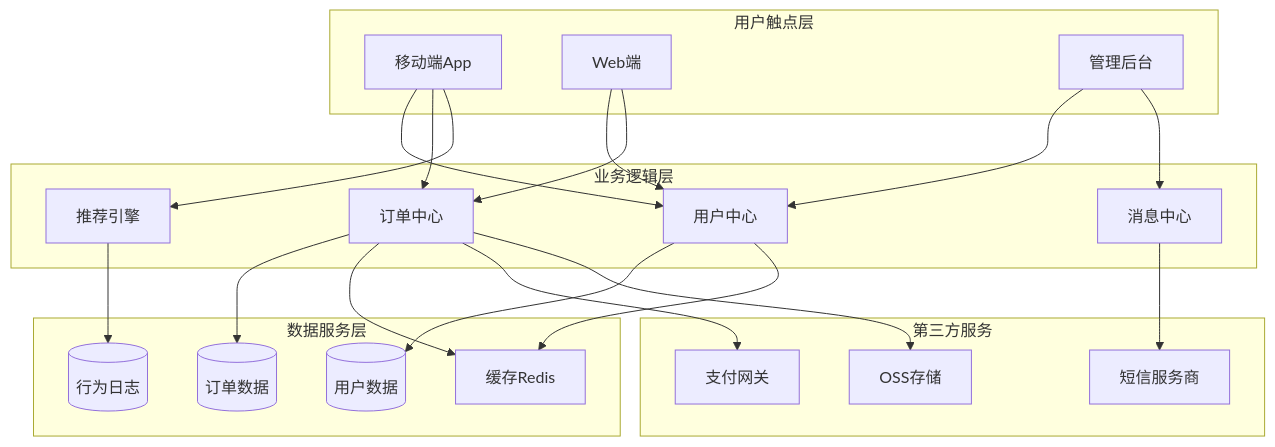
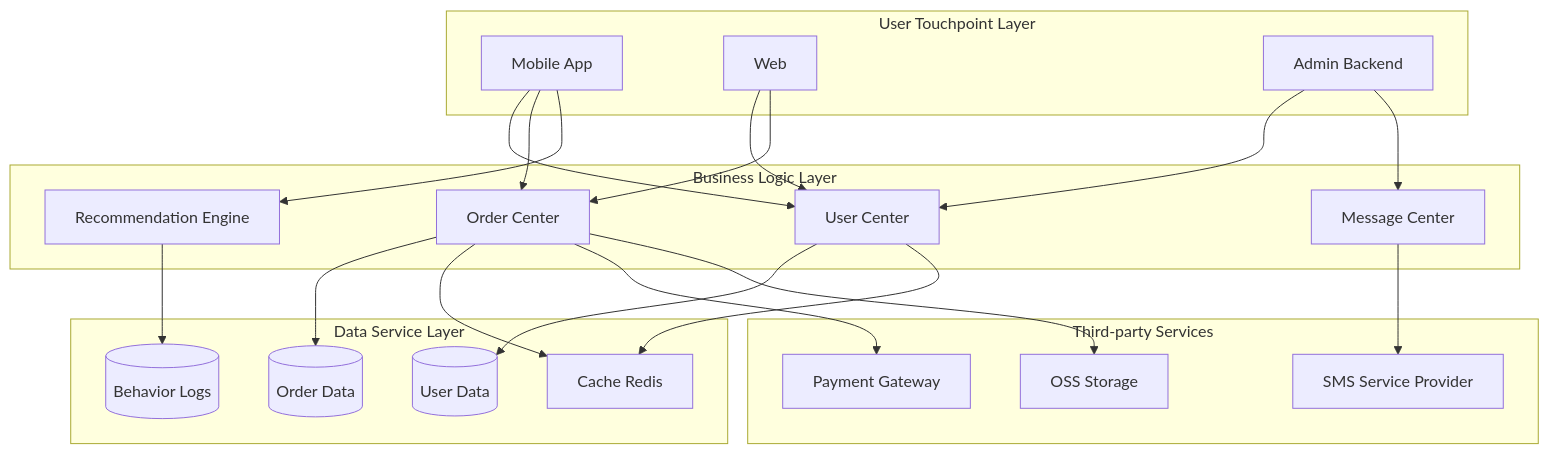
Before and after one commit to Kirky-X/cangjie: the third of 12 diagrams in templates/产品/产品层/【模板】产品需求文档.md, drawn with Mermaid. The commit also changed other lines of this file and 60 other files, not shown here.

````diff
--- a/templates/产品/产品层/【模板】产品需求文档.md
+++ b/templates/产品/产品层/【模板】产品需求文档.md
@@ -151,46 +151,46 @@
 ```mermaid
 graph TB
-    subgraph 用户触点层
-        A1[移动端App]
-        A2[Web端]
-        A3[管理后台]
+    subgraph User Touchpoint Layer
+        A1[Mobile App]
+        A2[Web]
+        A3[Admin Backend]
     end
 
-    subgraph 业务逻辑层
-        B1[用户中心]
-        B2[订单中心]
-        B3[推荐引擎]
-        B4[消息中心]
+    subgraph Business Logic Layer
+        B1[User Center]
+        B2[Order Center]
+        B3[Recommendation Engine]
+        B4[Message Center]
     end
 
-    subgraph 数据服务层
-        C1[(用户数据)]
-        C2[(订单数据)]
-        C3[(行为日志)]
-        C4[缓存Redis]
+    subgraph Data Service Layer
+        C1[(User Data)]
+        C2[(Order Data)]
+        C3[(Behavior Logs)]
+        C4[Cache Redis]
     end
 
-    subgraph 第三方服务
-        D1[支付网关]
-        D2[短信服务商]
-        D3[OSS存储]
+    subgraph Third-party Services
+        D1[Payment Gateway]
+        D2[SMS Service Provider]
+        D3[OSS Storage]
     end
 
     A1 --> B1
     A1 --> B2
     A1 --> B3
     A2 --> B1
     A2 --> B2
     A3 --> B1
     A3 --> B4
 
     B1 --> C1
     B1 --> C4
     B2 --> C2
     B2 --> C4
     B2 --> D1
     B3 --> C3
     B4 --> D2
 
     B2 --> D3
 ```
````
